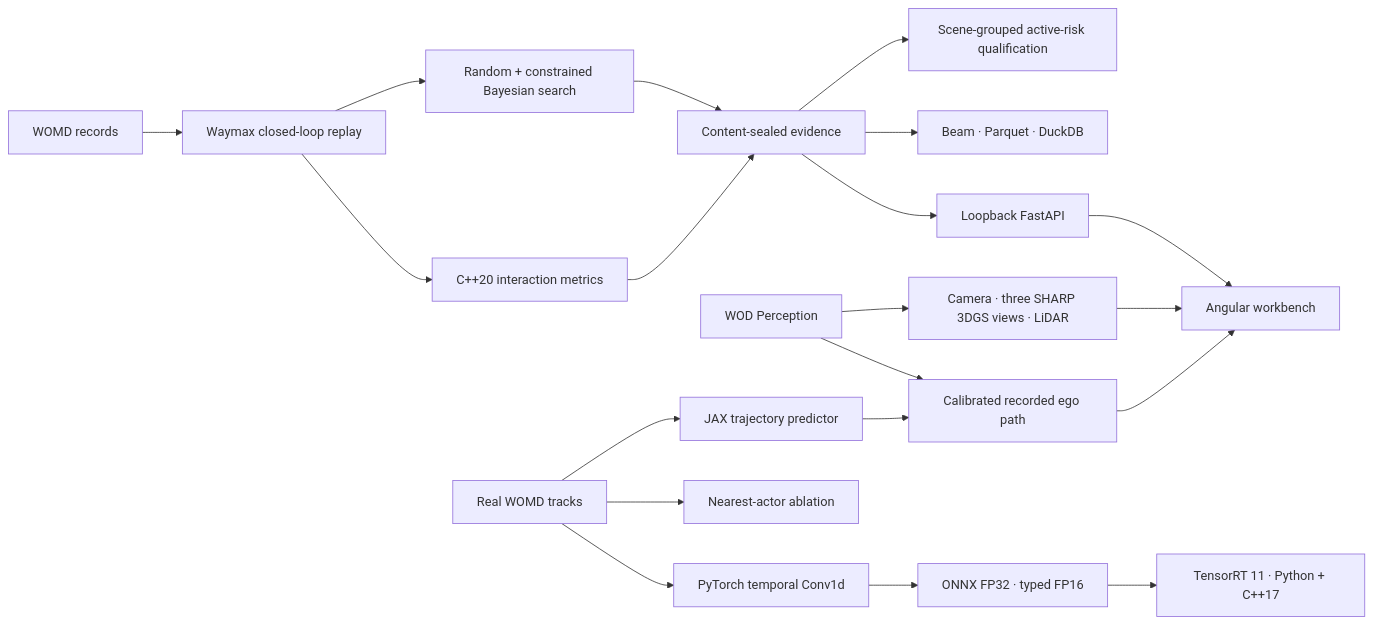
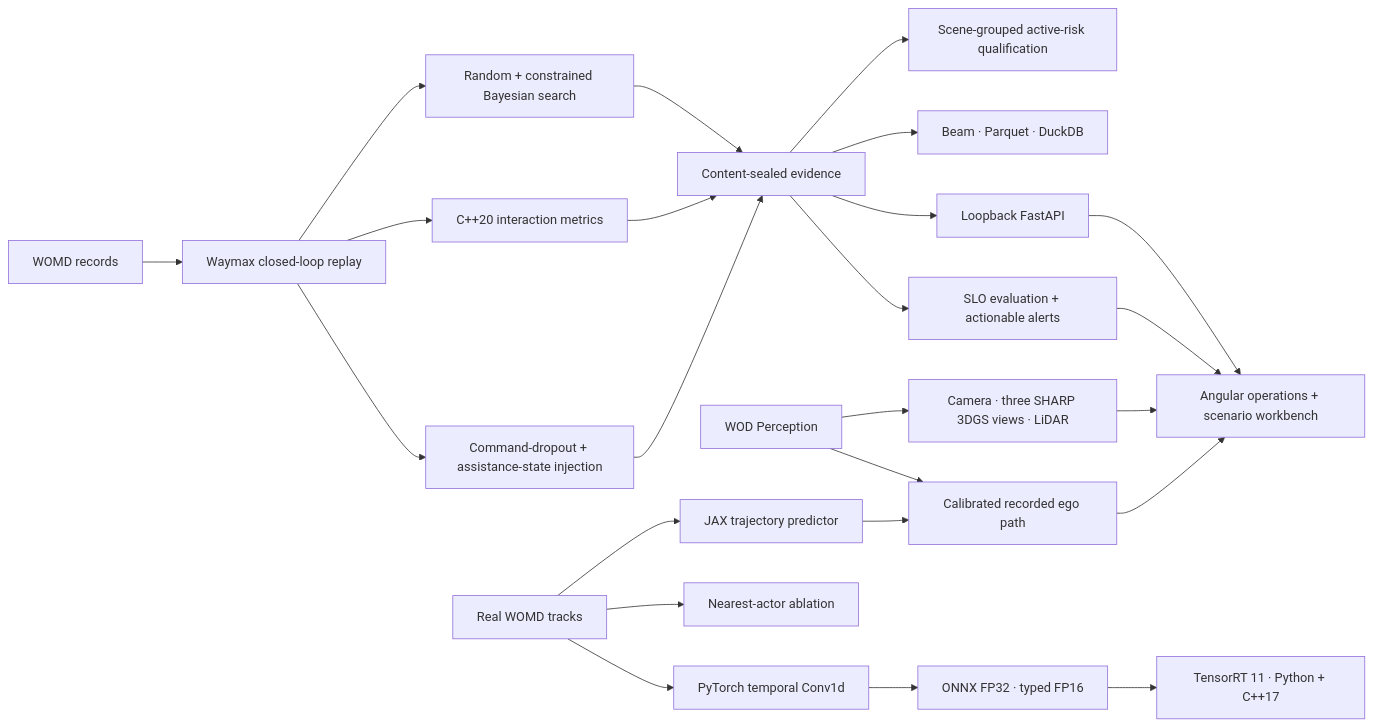
Before and after one commit to ethanvillalovoz/planmargin: the diagram in README.md, drawn with Mermaid. The commit also changed other lines of this file and 69 other files, not shown here.

````diff
--- a/README.md
+++ b/README.md
@@ -232,22 +259,26 @@
 ```mermaid
 flowchart LR
     W["WOMD records"] --> X["Waymax closed-loop replay"]
     X --> S["Random + constrained Bayesian search"]
+    X --> F["Command-dropout + assistance-state injection"]
     X --> C["C++20 interaction metrics"]
     S --> E["Content-sealed evidence"]
     C --> E
     E --> Q["Scene-grouped active-risk qualification"]
     E --> D["Beam · Parquet · DuckDB"]
     E --> A["Loopback FastAPI"]
+    F --> E
+    E --> H["SLO evaluation + actionable alerts"]
     M["Real WOMD tracks"] --> J["JAX trajectory predictor"]
     M --> T["PyTorch temporal Conv1d"]
     M --> I["Nearest-actor ablation"]
     T --> O["ONNX FP32 · typed FP16"]
     O --> N["TensorRT 11 · Python + C++17"]
     P["WOD Perception"] --> V["Camera · three SHARP 3DGS views · LiDAR"]
     P --> R["Calibrated recorded ego path"]
     J --> R
-    A --> U["Angular workbench"]
+    A --> U["Angular operations + scenario workbench"]
+    H --> U
     V --> U
     R --> U
 ```
````
